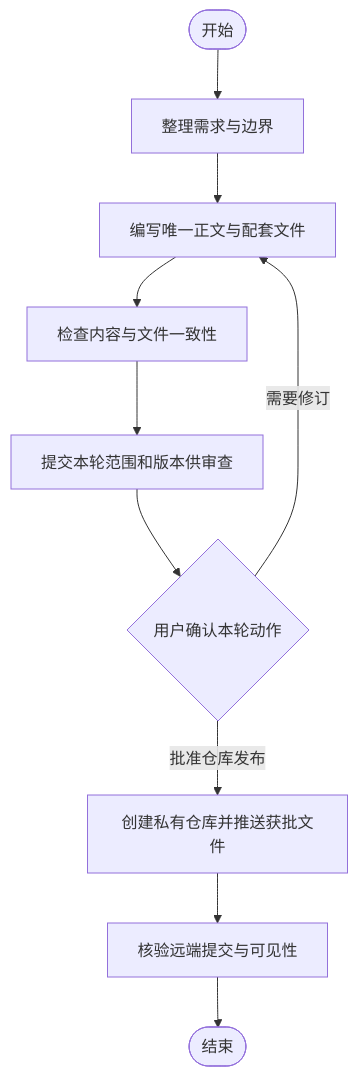
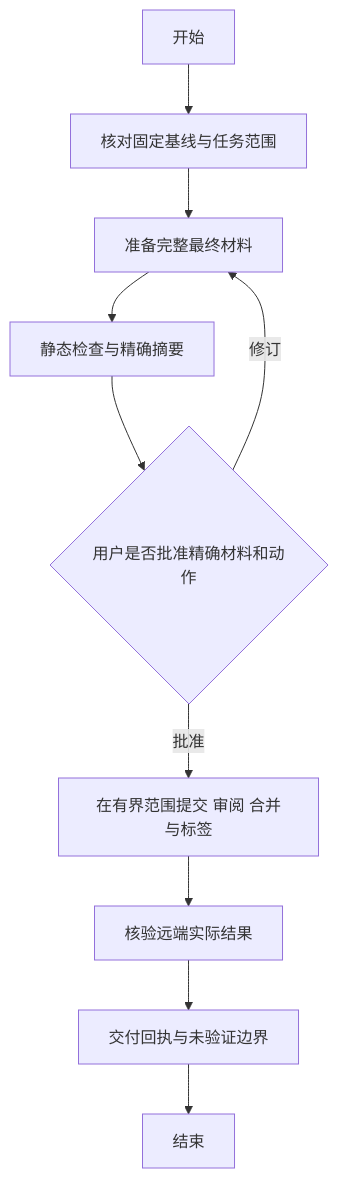
The diagram in projects/rules-repository/PROJECT_SPEC.md (Karlsen9527/karlsen-ai-collaboration-rules), drawn with Mermaid before and after one commit. The commit also changed other lines of this file and 16 other files, not shown here.

````diff
--- a/projects/rules-repository/PROJECT_SPEC.md
+++ b/projects/rules-repository/PROJECT_SPEC.md
@@ -21,12 +26,12 @@
 ```mermaid
 flowchart TD
-    A([开始]) --> B[整理需求与边界]
-    B --> C[编写唯一正文与配套文件]
-    C --> D[检查内容与文件一致性]
-    D --> E[提交本轮范围和版本供审查]
-    E --> F{用户确认本轮动作}
-    F -->|需要修订| C
-    F -->|批准仓库发布| G[创建私有仓库并推送获批文件]
-    G --> H[核验远端提交与可见性]
-    H --> I([结束])
+    A[开始] --> B[核对固定基线与任务范围]
+    B --> C[准备完整最终材料]
+    C --> D[静态检查与精确摘要]
+    D --> E{用户是否批准精确材料和动作}
+    E -->|修订| C
+    E -->|批准| F[在有界范围提交 审阅 合并与标签]
+    F --> G[核验远端实际结果]
+    G --> H[交付回执与未验证边界]
+    H --> I[结束]
 ```
````
